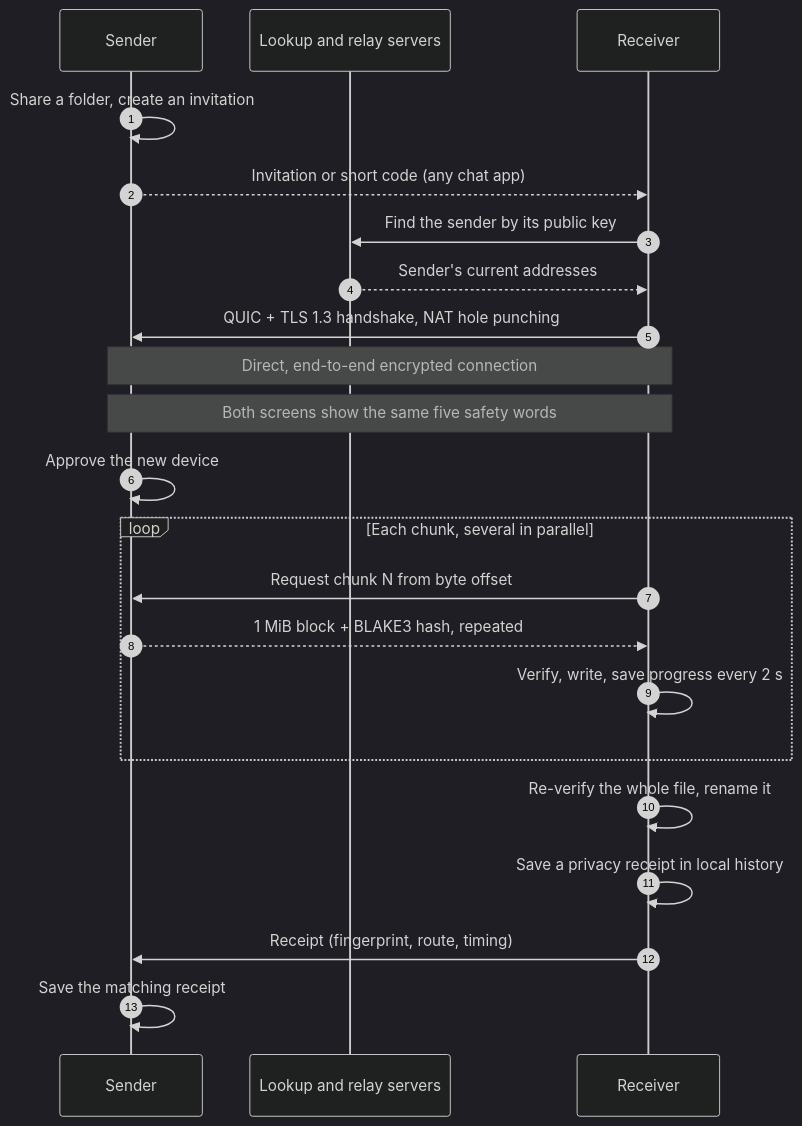
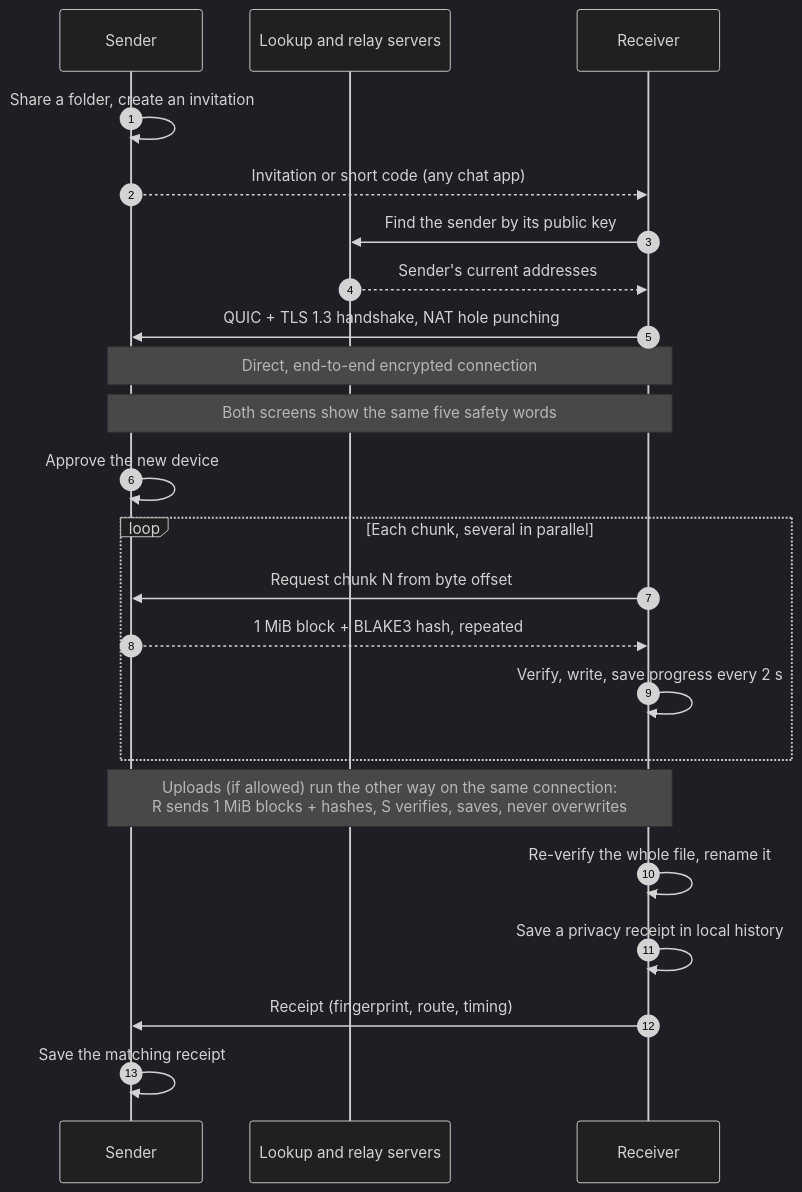
Before and after one commit to BigMatrixLab/Bifrost: the diagram in README.md, drawn with Mermaid (dark theme). The commit also changed other lines of this file and 16 other files, not shown here.

````diff
--- a/README.md
+++ b/README.md
@@ -106,24 +115,25 @@
 ```mermaid
 sequenceDiagram
     autonumber
     participant S as Sender
     participant N as Lookup and relay servers
     participant R as Receiver
     S->>S: Share a folder, create an invitation
     S-->>R: Invitation or short code (any chat app)
     R->>N: Find the sender by its public key
     N-->>R: Sender's current addresses
     R->>S: QUIC + TLS 1.3 handshake, NAT hole punching
     Note over S,R: Direct, end-to-end encrypted connection
     Note over S,R: Both screens show the same five safety words
     S->>S: Approve the new device
     loop Each chunk, several in parallel
         R->>S: Request chunk N from byte offset
         S-->>R: 1 MiB block + BLAKE3 hash, repeated
         R->>R: Verify, write, save progress every 2 s
     end
+    Note over S,R: Uploads (if allowed) run the other way on the same connection:<br/>R sends 1 MiB blocks + hashes, S verifies, saves, never overwrites
     R->>R: Re-verify the whole file, rename it
     R->>R: Save a privacy receipt in local history
     R->>S: Receipt (fingerprint, route, timing)
     S->>S: Save the matching receipt
 ```
````
